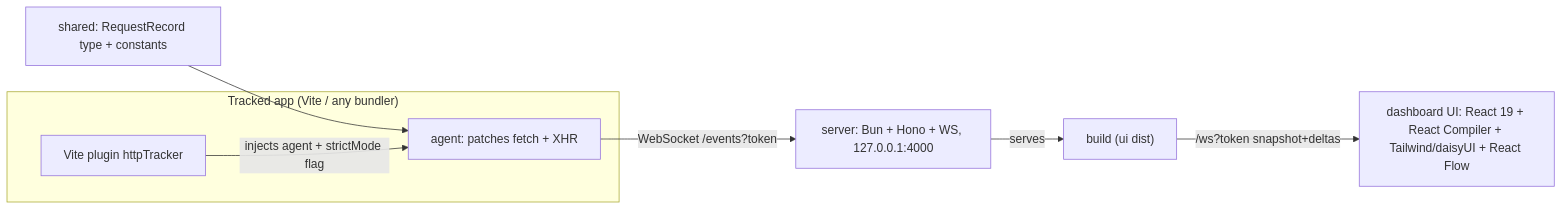
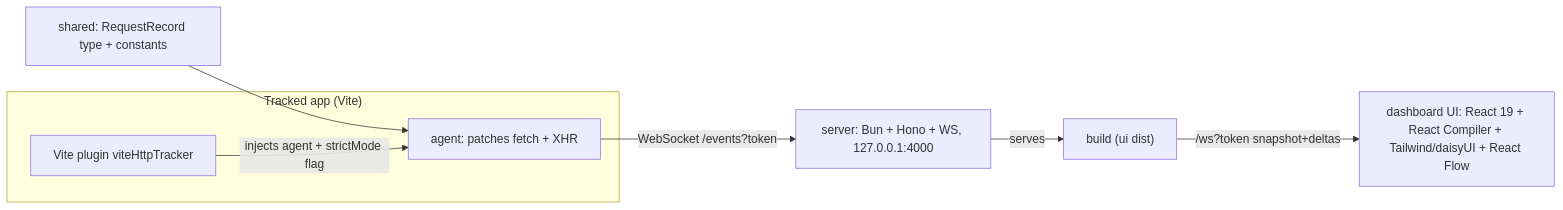
Before and after one commit to Lukasdias/vite-http-tracker: the first of 2 diagrams in README.md, drawn with Mermaid. The commit also changed other lines of this file and 35 other files, not shown here.

First line of the commit message:
refactor: rename project to vite-http-tracker

````diff
--- a/README.md
+++ b/README.md
@@ -20,17 +20,17 @@
 ```mermaid
 flowchart LR
-  subgraph App["Tracked app (Vite / any bundler)"]
-    P[Vite plugin httpTracker]
+  subgraph App["Tracked app (Vite)"]
+    P[Vite plugin viteHttpTracker]
     A[agent: patches fetch + XHR]
   end
   S[server: Bun + Hono + WS, 127.0.0.1:4000]
   D[dashboard UI: React 19 + React Compiler + Tailwind/daisyUI + React Flow]
   SC[shared: RequestRecord type + constants]
 
   SC --> A
   P -- injects agent + strictMode flag --> A
   A -- WebSocket /events?token --> S
   B["build (ui dist)"]
   S -- serves --> B
   B -- /ws?token snapshot+deltas --> D
 ```
````
